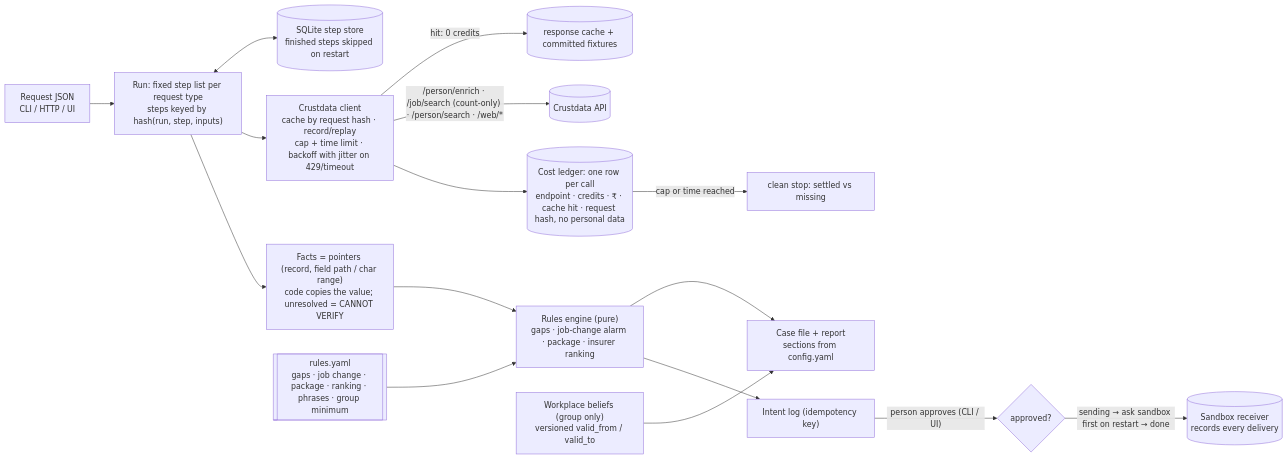
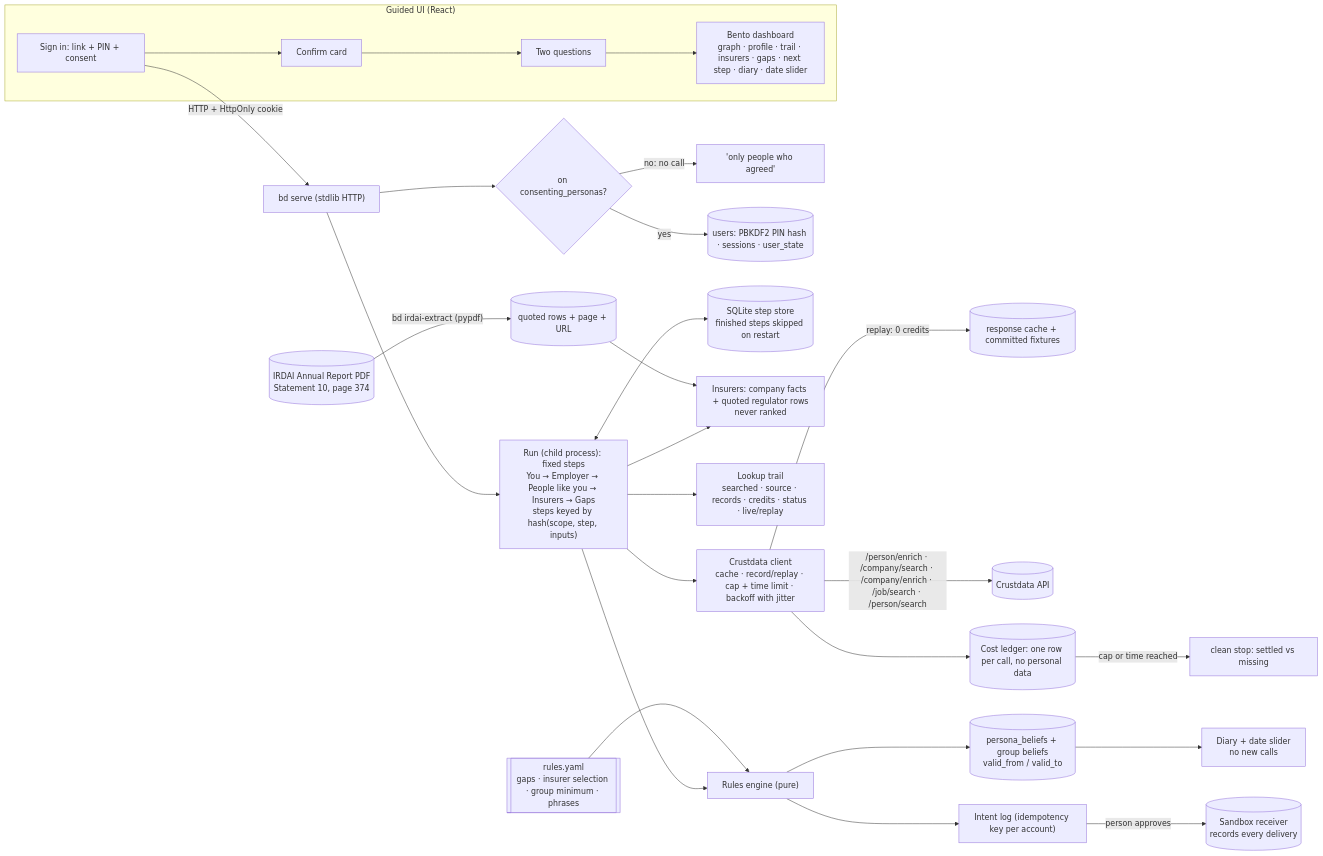
One commit to obliviousorion/contextcon changed the diagram in BenefitsDesk/README.md. Above: the diagram before and after it, drawn with Mermaid. The commit also changed other lines of this file and 17 other files, not shown here.

Commit message:
BenefitsDesk guided v2 (after code freeze): bento dashboard UI (sign in, confirm card, two questions, trail, insurers, gaps, next step, diary, date slider), IRDAI Statement 10 figures extracted from the PDF with page and quoted row, account-scoped action keys, README and diagram (0 further credits)

````diff
--- a/BenefitsDesk/README.md
+++ b/BenefitsDesk/README.md
@@ -49,18 +62,26 @@
 ```mermaid
 flowchart LR
-  REQ["Request JSON<br/>CLI / HTTP / UI"] --> RUN["Run: fixed step list per request type<br/>steps keyed by hash(run, step, inputs)"]
+  subgraph UI["Guided UI (React)"]
+    LOGIN["Sign in: link + PIN + consent"] --> CONF["Confirm card"] --> QS["Two questions"] --> DASH["Bento dashboard<br/>graph · profile · trail · insurers · gaps · next step · diary · date slider"]
+  end
+  LOGIN -->|"HTTP + HttpOnly cookie"| API["bd serve (stdlib HTTP)"]
+  API --> ALLOW{"on consenting_personas?"}
+  ALLOW -->|"no: no call"| NOPE["'only people who agreed'"]
+  ALLOW -->|"yes"| USERS[("users: PBKDF2 PIN hash · sessions · user_state")]
+  API --> RUN["Run (child process): fixed steps<br/>You → Employer → People like you → Insurers → Gaps<br/>steps keyed by hash(scope, step, inputs)"]
   RUN <--> SS[("SQLite step store<br/>finished steps skipped on restart")]
-  RUN --> CL["Crustdata client<br/>cache by request hash · record/replay<br/>cap + time limit · backoff with jitter on 429/timeout"]
-  CL -->|"hit: 0 credits"| CA[("response cache + committed fixtures")]
-  CL -->|"/person/enrich · /job/search (count-only) · /person/search · /web/*"| CD[("Crustdata API")]
-  CL --> LED[("Cost ledger: one row per call<br/>endpoint · credits · ₹ · cache hit · request hash, no personal data")]
-  RUN --> FACTS["Facts = pointers (record, field path / char range)<br/>code copies the value; unresolved = CANNOT VERIFY"]
-  RULES[["rules.yaml<br/>gaps · job change · package · ranking · phrases · group minimum"]] --> ENG
-  FACTS --> ENG["Rules engine (pure)<br/>gaps · job-change alarm · package · insurer ranking"]
-  BEL["Workplace beliefs (group only)<br/>versioned valid_from / valid_to"] --> CASE
-  ENG --> CASE["Case file + report<br/>sections from config.yaml"]
-  ENG --> INT["Intent log (idempotency key)"]
-  INT -->|"person approves (CLI / UI)"| APP{"approved?"}
-  APP -->|"sending → ask sandbox first on restart → done"| SB[("Sandbox receiver<br/>records every delivery")]
+  RUN --> CL["Crustdata client<br/>cache · record/replay · cap + time limit · backoff with jitter"]
+  CL -->|"replay: 0 credits"| CA[("response cache + committed fixtures")]
+  CL -->|"/person/enrich · /company/search · /company/enrich · /job/search · /person/search"| CD[("Crustdata API")]
+  CL --> LED[("Cost ledger: one row per call, no personal data")]
+  PDF[("IRDAI Annual Report PDF<br/>Statement 10, page 374")] -->|"bd irdai-extract (pypdf)"| REG[("quoted rows + page + URL")]
+  REG --> INS["Insurers: company facts + quoted regulator rows<br/>never ranked"]
+  RUN --> INS
+  RUN --> TRAIL["Lookup trail<br/>searched · source · records · credits · status · live/replay"]
+  RULES[["rules.yaml<br/>gaps · insurer selection · group minimum · phrases"]] --> ENG["Rules engine (pure)"]
+  RUN --> ENG --> BEL[("persona_beliefs + group beliefs<br/>valid_from / valid_to")]
+  BEL --> DIARY["Diary + date slider<br/>no new calls"]
+  ENG --> INT["Intent log (idempotency key per account)"]
+  INT -->|"person approves"| SB[("Sandbox receiver<br/>records every delivery")]
   LED -->|"cap or time reached"| HOLD["clean stop: settled vs missing"]
 ```
````
